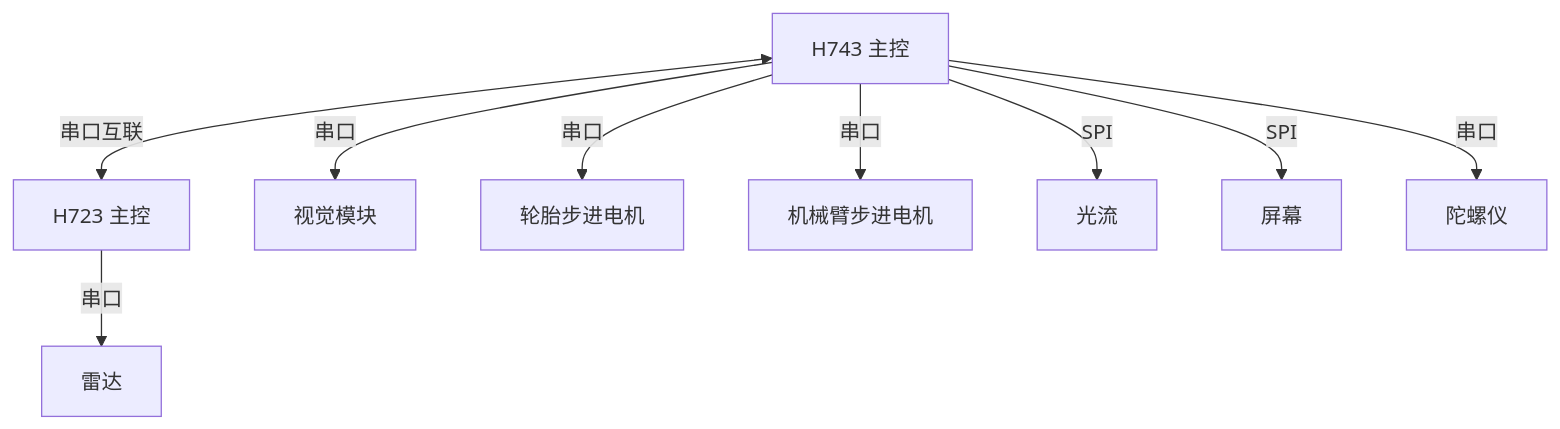
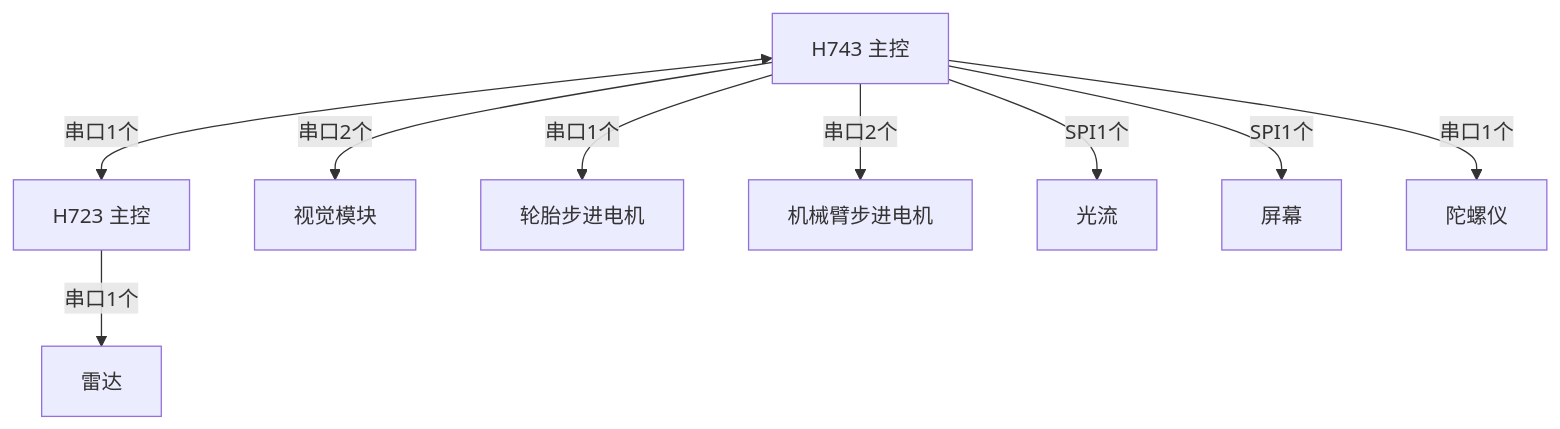
Before and after one commit to yuanyue1213/GONGXUNSAIPROJ: the diagram in README/工程架构.md, drawn with Mermaid.

Commit message:
docs: 更新README工程架构图中的串口SPI数量描述
修正了架构图里各模块连接的总线数量标注，使其匹配实际硬件配置

````diff
--- a/README/工程架构.md
+++ b/README/工程架构.md
@@ -3,13 +3,13 @@
 ```mermaid
 flowchart TD
     A["H743 主控"]
     B["H723 主控"]
-    A <-->|"串口互联"| B
-    A -->|"串口"| C["视觉模块"]
-    A -->|"串口"| D["轮胎步进电机"]
-    A -->|"串口"| E["机械臂步进电机"]
-    A -->|"SPI"| G["光流"]
-    A -->|"SPI"| H["屏幕"]
-    A -->|"串口"| I["陀螺仪"]
-    B -->|"串口"| F["雷达"]
+    A <-->|"串口1个"| B
+    A -->|"串口2个"| C["视觉模块"]
+    A -->|"串口1个"| D["轮胎步进电机"]
+    A -->|"串口2个"| E["机械臂步进电机"]
+    A -->|"SPI1个"| G["光流"]
+    A -->|"SPI1个"| H["屏幕"]
+    A -->|"串口1个"| I["陀螺仪"]
+    B -->|"串口1个"| F["雷达"]
 ```
````
